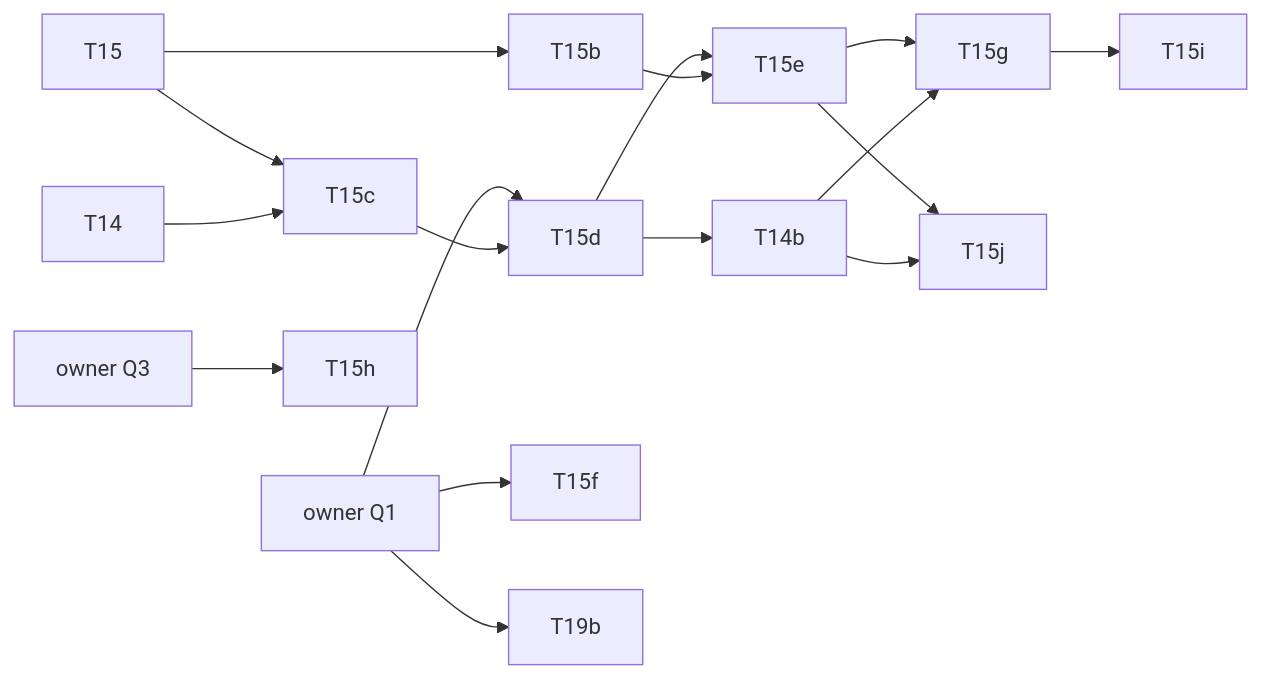
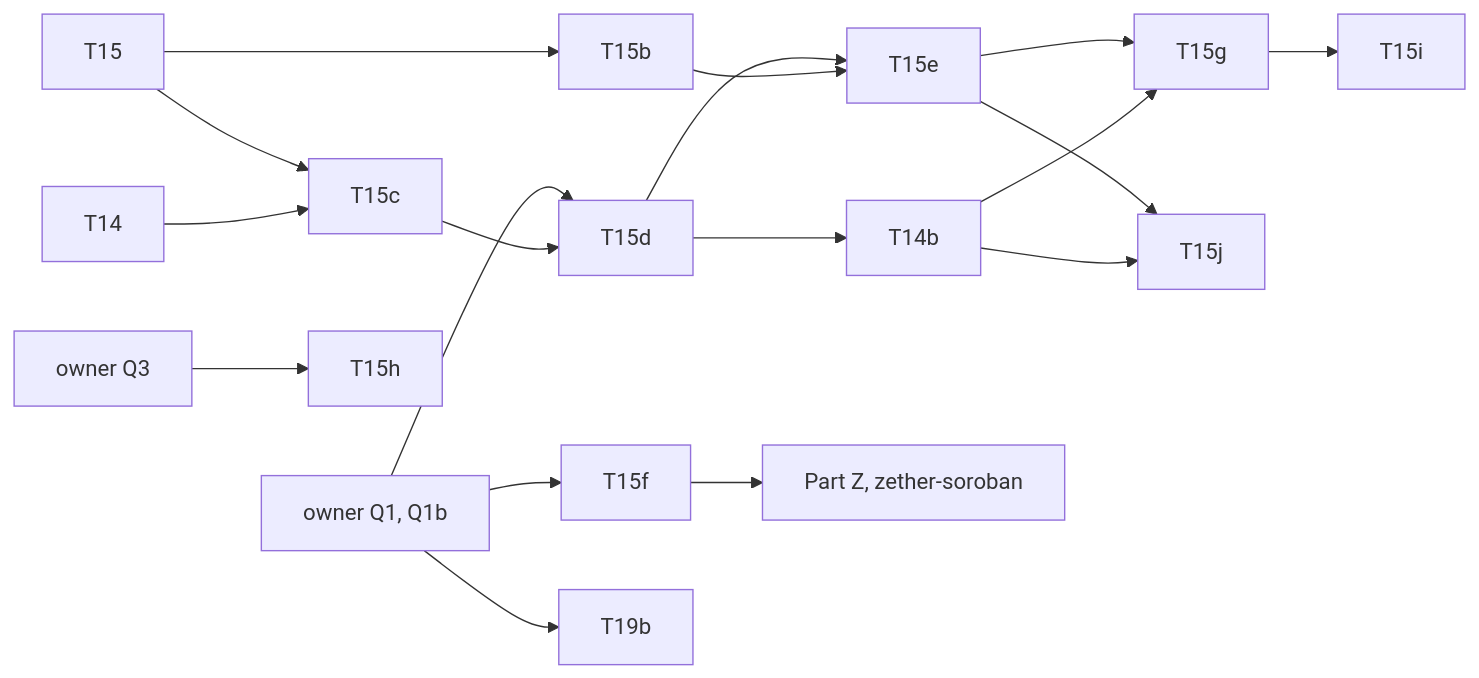
One commit to dinhduongha/scaas changed the second of 2 diagrams in docs/superpowers/plans/2026-11-05-ua-rs-sign.md. Above: the diagram before and after it, drawn with Mermaid. The commit also changed other lines of this file and 1 other file, not shown here.

````diff
--- a/docs/superpowers/plans/2026-11-05-ua-rs-sign.md
+++ b/docs/superpowers/plans/2026-11-05-ua-rs-sign.md
@@ -707,11 +709,12 @@
 ```mermaid
 flowchart LR
   T15 --> T15b & T15c
   T14 --> T15c
-  Q1[owner Q1] --> T15d & T15f & T19b
+  Q1[owner Q1, Q1b] --> T15d & T15f & T19b
   T15c --> T15d --> T15e & T14b
   T15b --> T15e
   T15e & T14b --> T15g --> T15i
   T15e & T14b --> T15j
+  T15f --> PZ[Part Z, zether-soroban]
   Q3[owner Q3] --> T15h
 ```
````
